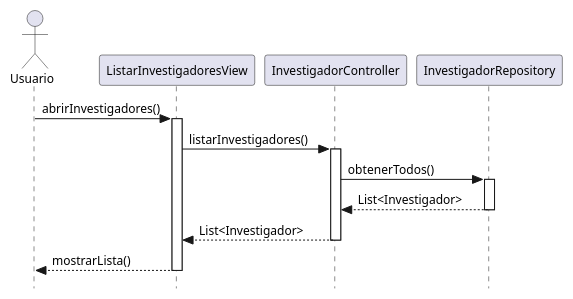
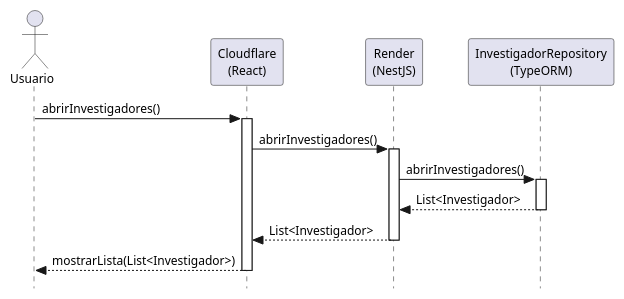
Before and after one commit to manuelmunoz8/25-26-idsw2-sdVC: the diagram in modelosUML/diseño/casosDeUsos/abrirInvestigadores/abrirInvestigadores-diseño.puml, drawn with PlantUML. The commit also changed 37 other files, not shown here.

Commit message:
fix: flujo y entidades de diagramas

```diff
--- a/modelosUML/diseño/casosDeUsos/abrirInvestigadores/abrirInvestigadores-diseño.puml
+++ b/modelosUML/diseño/casosDeUsos/abrirInvestigadores/abrirInvestigadores-diseño.puml
@@ -1,27 +1,32 @@
 @startuml abrirInvestigadores-diseño
 skinparam style strictuml
 skinparam backgroundColor white
 skinparam shadowing false
 skinparam DefaultFontColor black
 skinparam DefaultFontSize 12
 skinparam linetype polyline
 
 actor Usuario
-participant "ListarInvestigadoresView" as View
-participant "InvestigadorController" as Controller
-participant "InvestigadorRepository" as Repository
+participant "Cloudflare\n(React)" as View
+participant "Render\n(NestJS)" as Controller
+participant "InvestigadorRepository\n(TypeORM)" as Repository
 
 Usuario -> View: abrirInvestigadores()
 activate View
-View -> Controller: listarInvestigadores()
+
+View -> Controller: abrirInvestigadores()
 activate Controller
-Controller -> Repository: obtenerTodos()
+
+Controller -> Repository: abrirInvestigadores()
 activate Repository
+
 Repository --> Controller: List<Investigador>
 deactivate Repository
+
 Controller --> View: List<Investigador>
 deactivate Controller
-View --> Usuario: mostrarLista()
+
+View --> Usuario: mostrarLista(List<Investigador>)
 deactivate View
 
 @enduml
```
